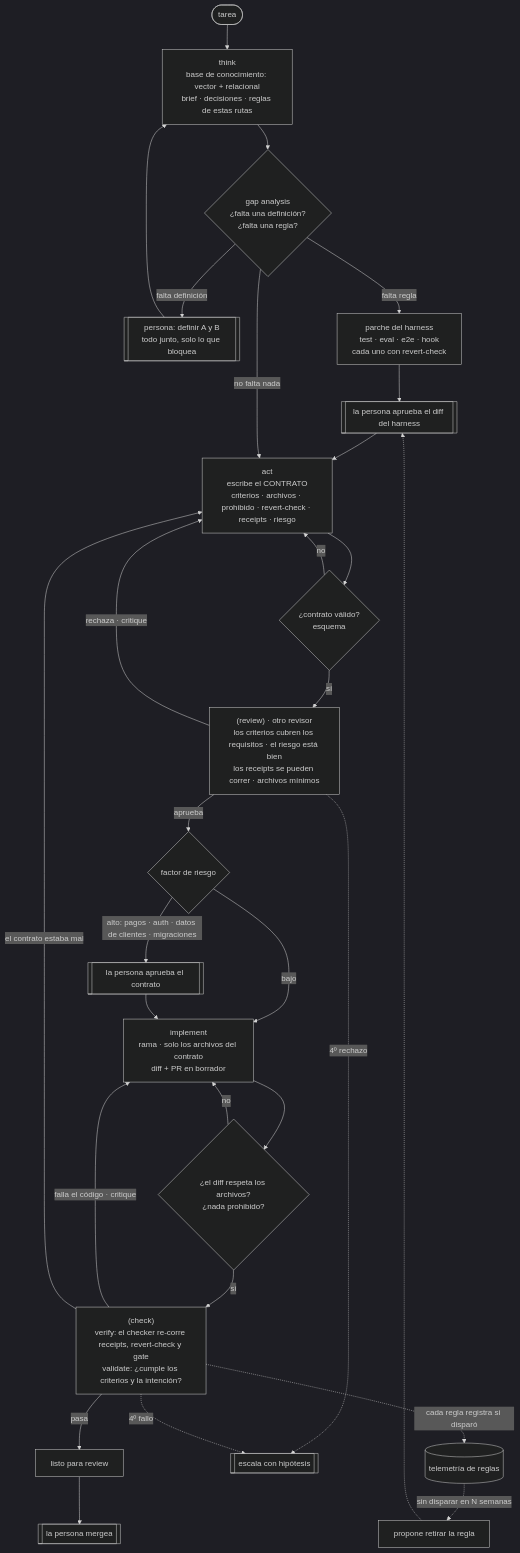
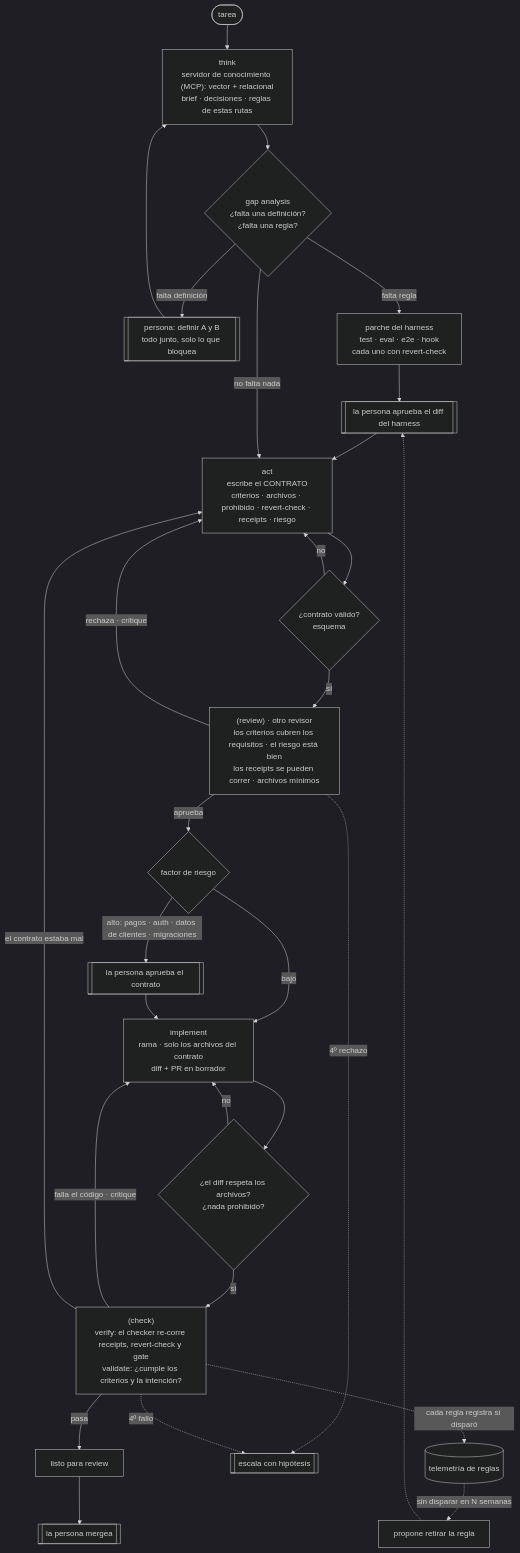
The second of 2 diagrams in README.es.md (jacm80/typedspec), drawn with Mermaid (dark theme) before and after one commit. The commit also changed other lines of this file and 1 other file, not shown here.

Commit message:
docs: the knowledge server is the foundation, with its own section and diagram

````diff
--- a/README.es.md
+++ b/README.es.md
@@ -48,32 +95,32 @@
 ```mermaid
 flowchart TD
-  REQ([tarea]) --> T["think<br/>base de conocimiento: vector + relacional<br/>brief · decisiones · reglas de estas rutas"]
+  REQ([tarea]) --> T["think<br/>servidor de conocimiento (MCP): vector + relacional<br/>brief · decisiones · reglas de estas rutas"]
   T --> GAP{"gap analysis<br/>¿falta una definición?<br/>¿falta una regla?"}
   GAP -->|falta definición| GUIDE[["persona: definir A y B<br/>todo junto, solo lo que bloquea"]]
   GUIDE --> T
   GAP -->|falta regla| H["parche del harness<br/>test · eval · e2e · hook<br/>cada uno con revert-check"]
   H --> OWN0[["la persona aprueba el diff del harness"]]
   OWN0 --> A
   GAP -->|no falta nada| A
   A["act<br/>escribe el CONTRATO<br/>criterios · archivos · prohibido · revert-check · receipts · riesgo"]
   A --> G1{"¿contrato válido?<br/>esquema"}
   G1 -->|no| A
   G1 -->|sí| R["(review) · otro revisor<br/>los criterios cubren los requisitos · el riesgo está bien<br/>los receipts se pueden correr · archivos mínimos"]
   R -->|rechaza · critique| A
   R -->|aprueba| RISK{"factor de riesgo"}
   RISK -->|alto: pagos · auth · datos de clientes · migraciones| OWN1[["la persona aprueba el contrato"]]
   RISK -->|bajo| I
   OWN1 --> I["implement<br/>rama · solo los archivos del contrato<br/>diff + PR en borrador"]
   I --> G2{"¿el diff respeta los archivos?<br/>¿nada prohibido?"}
   G2 -->|no| I
   G2 -->|sí| C["(check)<br/>verify: el checker re-corre receipts, revert-check y gate<br/>validate: ¿cumple los criterios y la intención?"]
   C -->|falla el código · critique| I
   C -->|el contrato estaba mal| A
   C -->|pasa| READY["listo para review"]
   READY --> OWN2[["la persona mergea"]]
   R -. 4º rechazo .-> ESC[["escala con hipótesis"]]
   C -. 4º fallo .-> ESC
   C -. cada regla registra si disparó .-> TEL[("telemetría de reglas")]
   TEL -. sin disparar en N semanas .-> RET["propone retirar la regla"]
   RET -.-> OWN0
 ```
````
